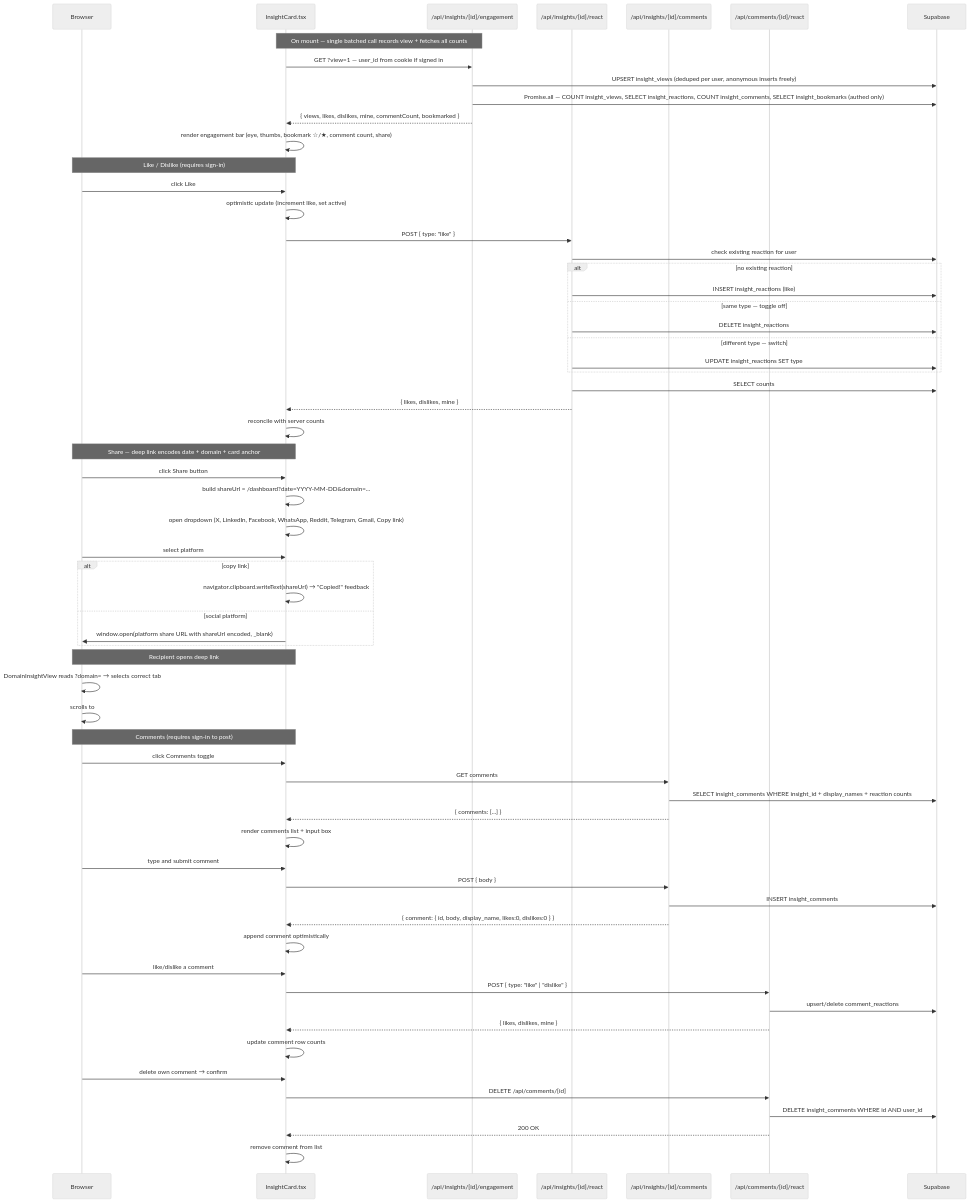
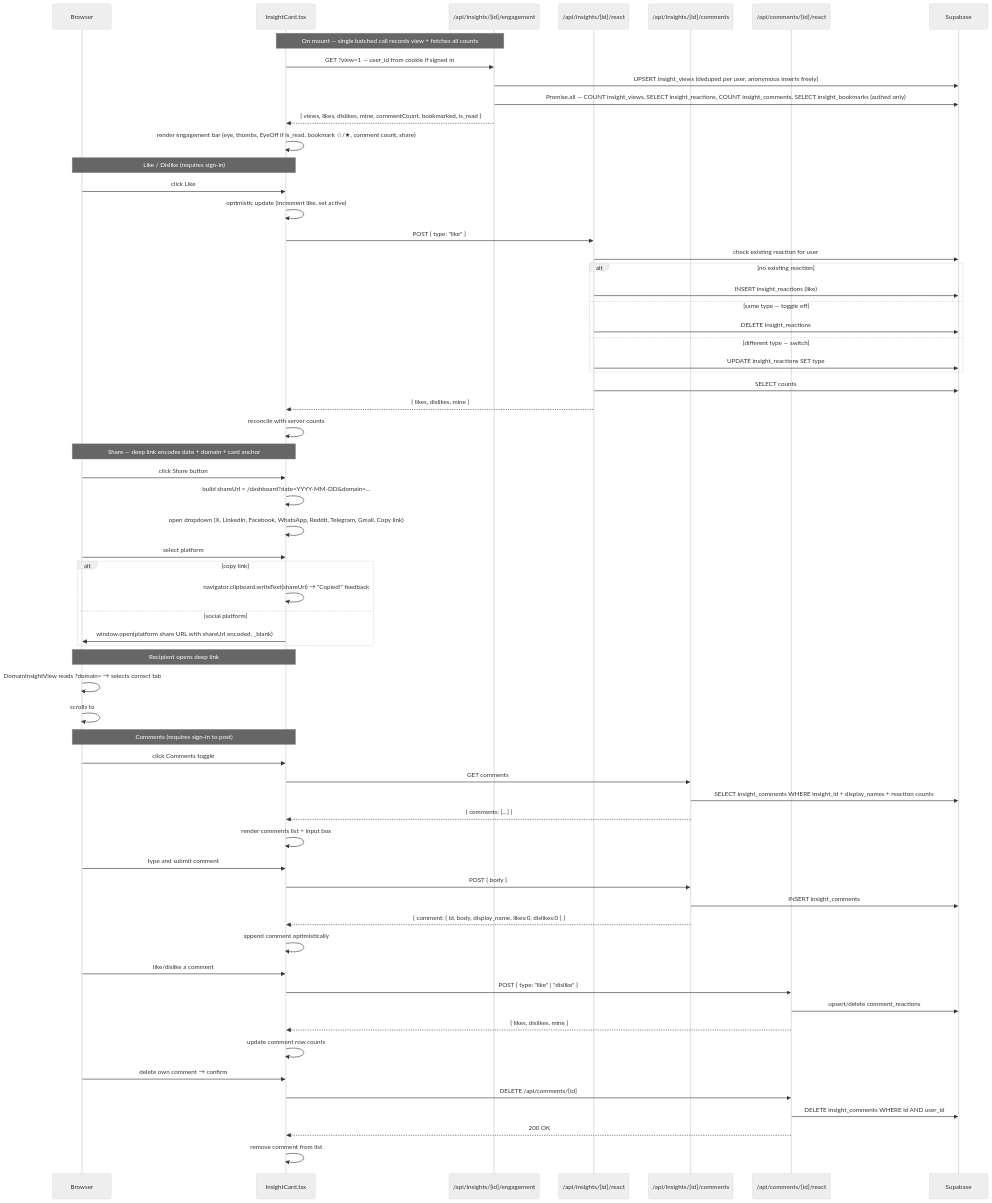
Before and after one commit to vtghub/PodcastsSummarizer: diagram 14 of 24 in docs/request-workflow.md, drawn with Mermaid (neutral theme). The commit also changed other lines of this file and 2 other files, not shown here.

Commit message:
docs: update architecture and workflow diagrams post-PR #213 #214 #215

````diff
--- a/docs/request-workflow.md
+++ b/docs/request-workflow.md
@@ -435,72 +435,72 @@
 ```mermaid
 sequenceDiagram
     participant B as Browser
     participant CARD as InsightCard.tsx
     participant EAPI as /api/insights/[id]/engagement
     participant RAPI as /api/insights/[id]/react
     participant CAPI as /api/insights/[id]/comments
     participant CRAPI as /api/comments/[id]/react
     participant DB as Supabase
 
     Note over CARD,EAPI: On mount — single batched call records view + fetches all counts
     CARD->>EAPI: GET ?view=1 — user_id from cookie if signed in
     EAPI->>DB: UPSERT insight_views (deduped per user, anonymous inserts freely)
     EAPI->>DB: Promise.all — COUNT insight_views, SELECT insight_reactions, COUNT insight_comments, SELECT insight_bookmarks (authed only)
-    EAPI-->>CARD: { views, likes, dislikes, mine, commentCount, bookmarked }
-    CARD->>CARD: render engagement bar (eye, thumbs, bookmark ☆/★, comment count, share)
+    EAPI-->>CARD: { views, likes, dislikes, mine, commentCount, bookmarked, is_read }
+    CARD->>CARD: render engagement bar (eye, thumbs, EyeOff if is_read, bookmark ☆/★, comment count, share)
 
     Note over B,CARD: Like / Dislike (requires sign-in)
     B->>CARD: click Like
     CARD->>CARD: optimistic update (increment like, set active)
     CARD->>RAPI: POST { type: "like" }
     RAPI->>DB: check existing reaction for user
     alt no existing reaction
         RAPI->>DB: INSERT insight_reactions (like)
     else same type — toggle off
         RAPI->>DB: DELETE insight_reactions
     else different type — switch
         RAPI->>DB: UPDATE insight_reactions SET type
     end
     RAPI->>DB: SELECT counts
     RAPI-->>CARD: { likes, dislikes, mine }
     CARD->>CARD: reconcile with server counts
 
     Note over B,CARD: Share — deep link encodes date + domain + card anchor
     B->>CARD: click Share button
     CARD->>CARD: build shareUrl = /dashboard?date=YYYY-MM-DD&domain=...#insight-{id}
     CARD->>CARD: open dropdown (X, LinkedIn, Facebook, WhatsApp, Reddit, Telegram, Gmail, Copy link)
     B->>CARD: select platform
     alt copy link
         CARD->>CARD: navigator.clipboard.writeText(shareUrl) → "Copied!" feedback
     else social platform
         CARD->>B: window.open(platform share URL with shareUrl encoded, _blank)
     end
     Note over B,CARD: Recipient opens deep link
     B->>B: DomainInsightView reads ?domain= → selects correct tab
     B->>B: scrolls to #insight-{id} → card centred in viewport
 
     Note over B,CARD: Comments (requires sign-in to post)
     B->>CARD: click Comments toggle
     CARD->>CAPI: GET comments
     CAPI->>DB: SELECT insight_comments WHERE insight_id + display_names + reaction counts
     CAPI-->>CARD: { comments: [...] }
     CARD->>CARD: render comments list + input box
 
     B->>CARD: type and submit comment
     CARD->>CAPI: POST { body }
     CAPI->>DB: INSERT insight_comments
     CAPI-->>CARD: { comment: { id, body, display_name, likes:0, dislikes:0 } }
     CARD->>CARD: append comment optimistically
 
     B->>CARD: like/dislike a comment
     CARD->>CRAPI: POST { type: "like" | "dislike" }
     CRAPI->>DB: upsert/delete comment_reactions
     CRAPI-->>CARD: { likes, dislikes, mine }
     CARD->>CARD: update comment row counts
 
     B->>CARD: delete own comment → confirm
     CARD->>CRAPI: DELETE /api/comments/[id]
     CRAPI->>DB: DELETE insight_comments WHERE id AND user_id
     CRAPI-->>CARD: 200 OK
     CARD->>CARD: remove comment from list
 ```
````
